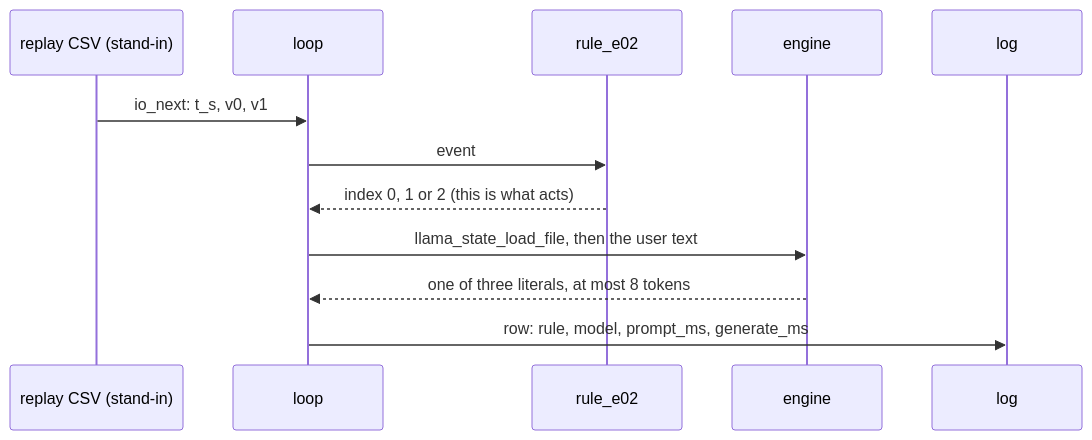
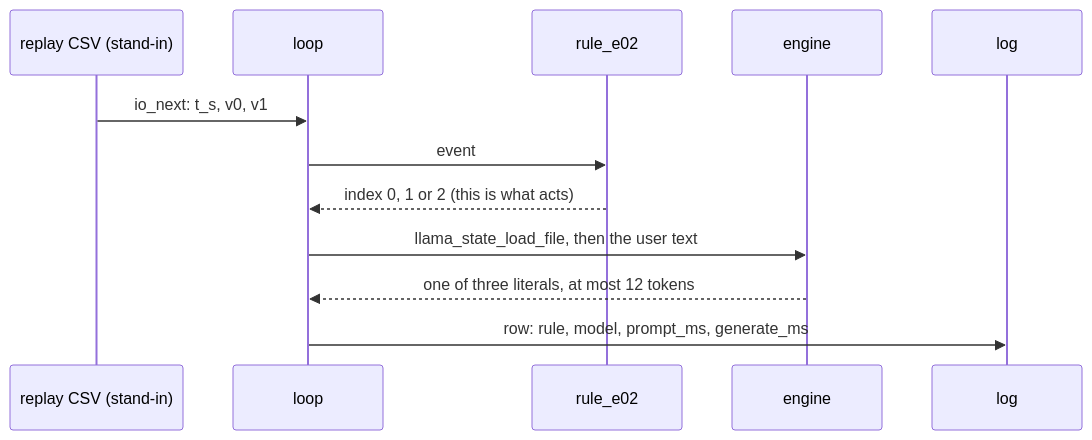
One commit to ambrosiobing/edge-llm-pi changed the diagram in chapters/02-the-decision-loop.md. Above: the diagram before and after it, drawn with Mermaid. The commit also changed other lines of this file and 6 other files, not shown here.

````diff
--- a/chapters/02-the-decision-loop.md
+++ b/chapters/02-the-decision-loop.md
@@ -163,14 +166,14 @@
 ```mermaid
 sequenceDiagram
     participant R as replay CSV (stand-in)
     participant L as loop
     participant C as rule_e02
     participant E as engine
     participant G as log
     R->>L: io_next: t_s, v0, v1
     L->>C: event
     C-->>L: index 0, 1 or 2 (this is what acts)
     L->>E: llama_state_load_file, then the user text
-    E-->>L: one of three literals, at most 8 tokens
+    E-->>L: one of three literals, at most 12 tokens
     L->>G: row: rule, model, prompt_ms, generate_ms
 ```
````
